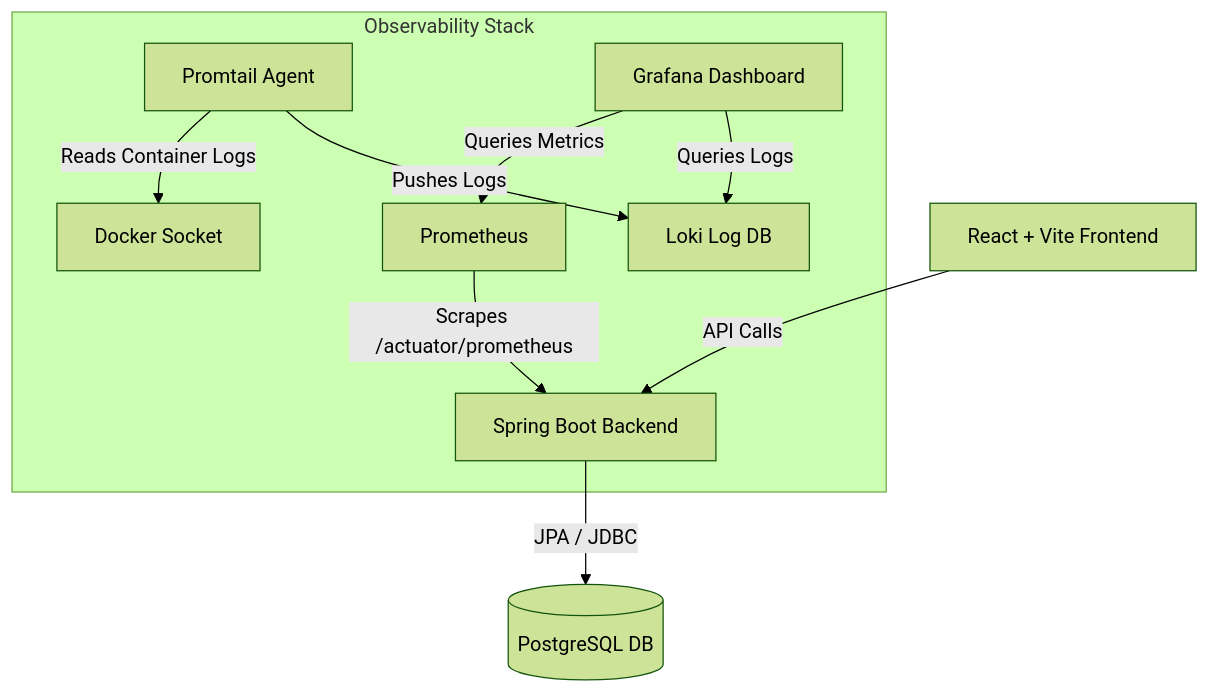
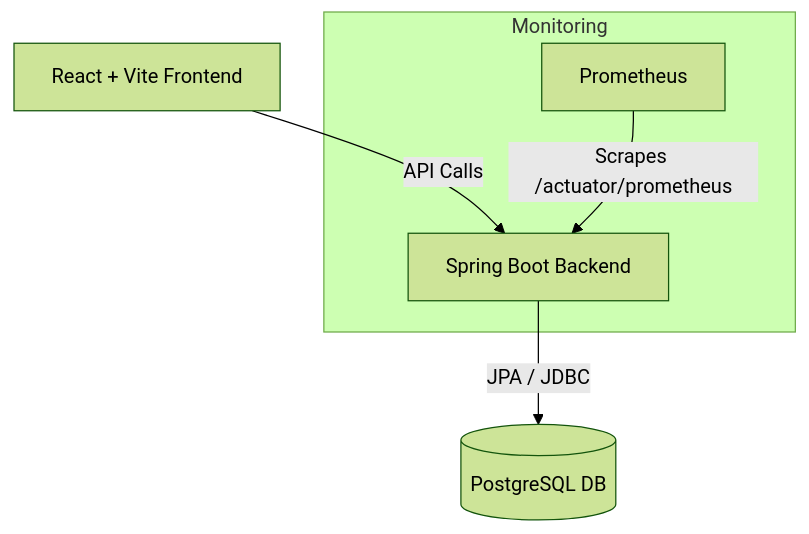
One commit to Rudy3169/unito-tecnologie-web-25-26 changed the diagram in phytosend/backend/docker/README.md. Above: the diagram before and after it, drawn with Mermaid (forest theme). The commit also changed other lines of this file and 3 other files, not shown here.

Commit message:
chore: rimozione servizi Grafana, Loki e Promtail dal docker-compose

````diff
--- a/phytosend/backend/docker/README.md
+++ b/phytosend/backend/docker/README.md
@@ -13,13 +13,9 @@
 ```mermaid
 graph TD
     Client[React + Vite Frontend] -->|API Calls| API[Spring Boot Backend]
     API -->|JPA / JDBC| DB[(PostgreSQL DB)]
   
-    subgraph Observability Stack
+    subgraph Monitoring
         Prom[Prometheus] -->|Scrapes /actuator/prometheus| API
-        Promtail[Promtail Agent] -->|Reads Container Logs| Socket[Docker Socket]
-        Promtail -->|Pushes Logs| Loki[Loki Log DB]
-        Grafana[Grafana Dashboard] -->|Queries Metrics| Prom
-        Grafana -->|Queries Logs| Loki
     end
 ```
````
